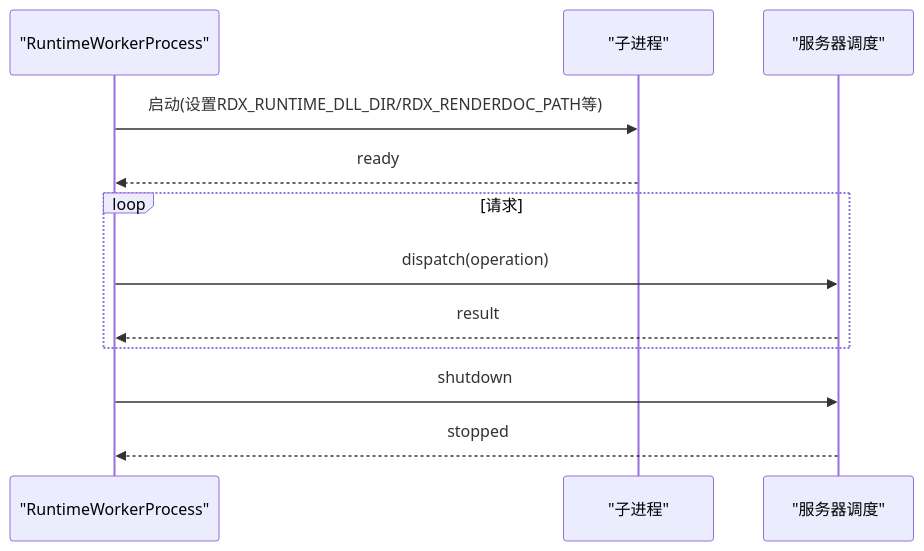
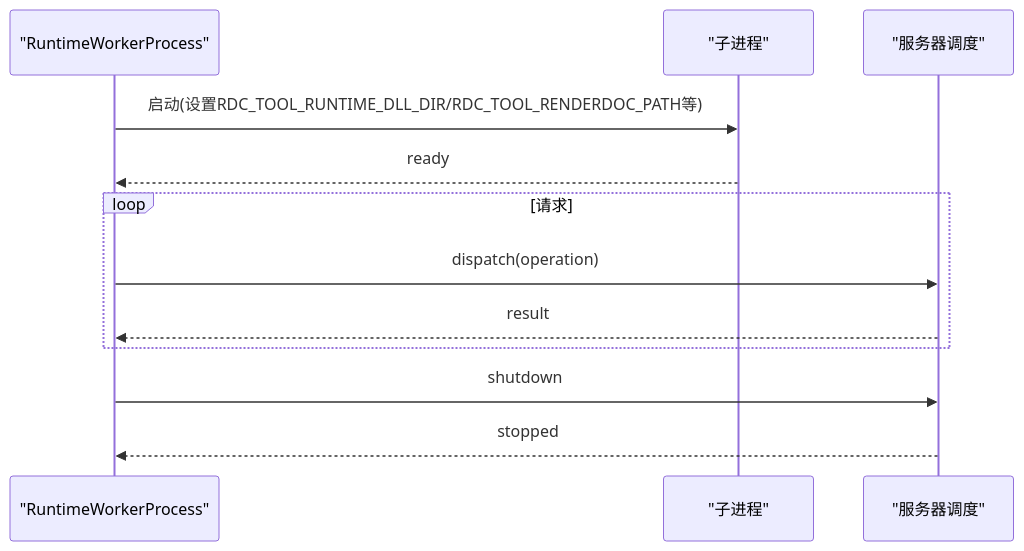
The seventh of 8 diagrams in .qoder/repowiki/zh/content/开发指南/测试策略/测试策略.md (haolange/RDC-Tool), drawn with Mermaid before and after one commit. The commit also changed other lines of this file and 388 other files, not shown here.

First line of the commit message:
Release RDC-Tool identity and public maintenance surface

````diff
--- a/.qoder/repowiki/zh/content/开发指南/测试策略/测试策略.md
+++ b/.qoder/repowiki/zh/content/开发指南/测试策略/测试策略.md
@@ -241,14 +241,14 @@
 ```mermaid
 sequenceDiagram
 participant W as "RuntimeWorkerProcess"
 participant P as "子进程"
 participant S as "服务器调度"
-W->>P : 启动(设置RDX_RUNTIME_DLL_DIR/RDX_RENDERDOC_PATH等)
+W->>P : 启动(设置RDC_TOOL_RUNTIME_DLL_DIR/RDC_TOOL_RENDERDOC_PATH等)
 P-->>W : ready
 loop 请求
 W->>S : dispatch(operation)
 S-->>W : result
 end
 W->>S : shutdown
 S-->>W : stopped
 ```
````
